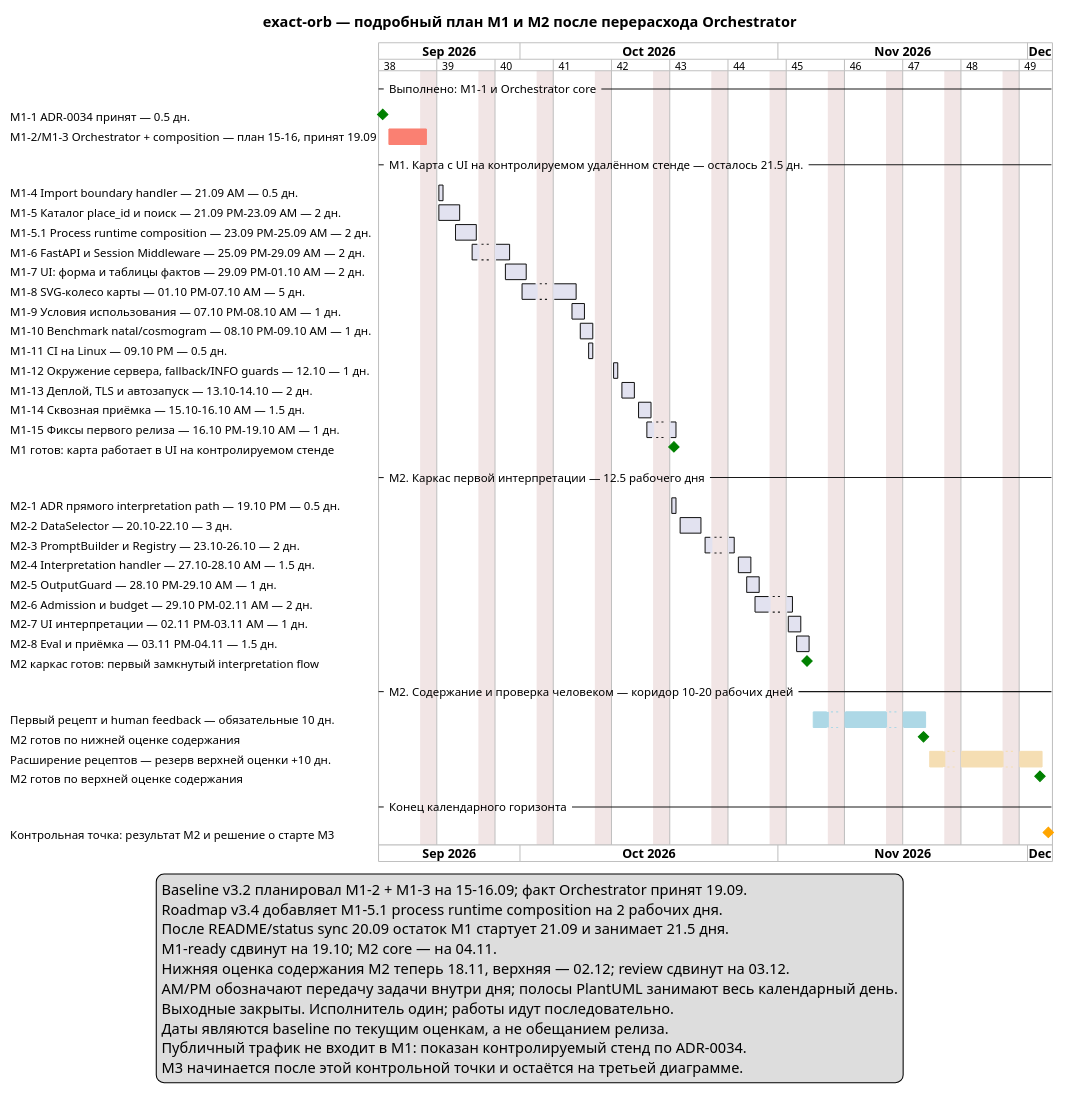
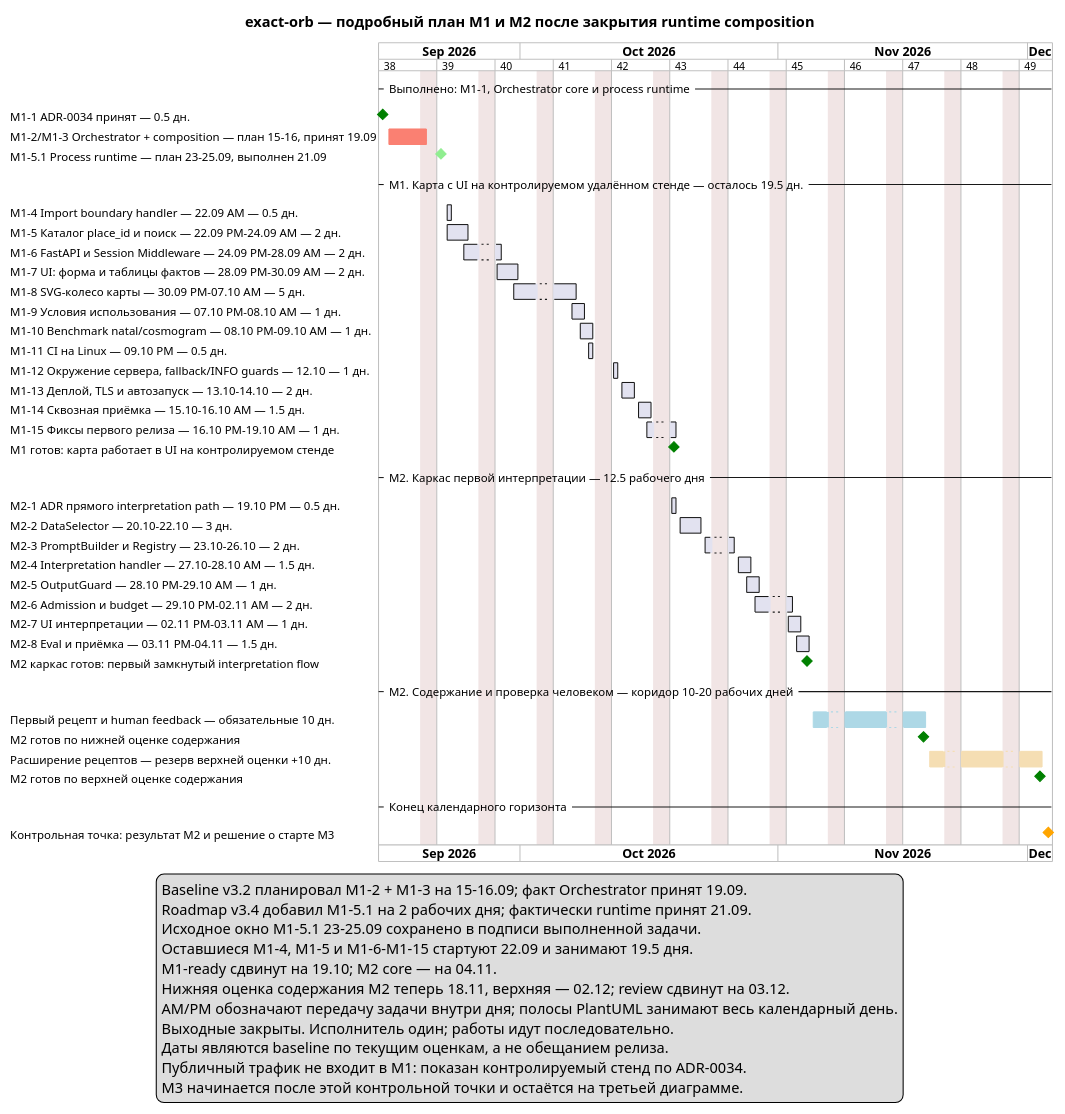
The diagram in docs/project_management/roadmap_remote_ui_and_interpretation_plan.puml (ksenia-baranova/exact-orb-demo), drawn with PlantUML before and after one commit. The commit also changed 10 other files, not shown here.

First line of the commit message:
docs: align bootstrap closeout roadmap

```diff
--- a/docs/project_management/roadmap_remote_ui_and_interpretation_plan.puml
+++ b/docs/project_management/roadmap_remote_ui_and_interpretation_plan.puml
@@ -1,85 +1,89 @@
 @startgantt
-' Подробный календарный baseline из roadmap v3.4 от текущей точки 21.09.2026.
+' Подробный календарный baseline из roadmap v3.4 после закрытия M1-5.1 21.09.2026.
 ' Оценки остаются рабочими днями. AM/PM в подписях сохраняют половины дня,
 ' которые дневная шкала PlantUML не может показать отдельной шириной полосы.
 
-title exact-orb — подробный план M1 и M2 после перерасхода Orchestrator
+title exact-orb — подробный план M1 и M2 после закрытия runtime composition
 Project starts 2026-09-14
 printscale weekly zoom 2
 Label on first column
 saturday are closed
 sunday are closed
 
--- Выполнено: M1-1 и Orchestrator core --
+-- Выполнено: M1-1, Orchestrator core и process runtime --
 
 [M1-1 ADR-0034 принят — 0.5 дн.] as [M11] happens 2026-09-14
 [M11] is 100% complete
 [M11] is colored in Green
 
 [M1-2/M1-3 Orchestrator + composition — план 15–16, принят 19.09] as [M12] starts 2026-09-15 and ends 2026-09-19
 [M12] is 100% complete
 [M12] is colored in Salmon
 
--- M1. Карта с UI на контролируемом удалённом стенде — осталось 21.5 дн. --
+[M1-5.1 Process runtime — план 23–25.09, выполнен 21.09] as [M151] happens 2026-09-21
+[M151] is 100% complete
+[M151] is colored in LightGreen
 
-[M1-4 Import boundary handler — 21.09 AM — 0.5 дн.] as [M14] starts 2026-09-21 and ends 2026-09-21
-[M1-5 Каталог place_id и поиск — 21.09 PM–23.09 AM — 2 дн.] as [M15] starts 2026-09-21 and ends 2026-09-23
-[M1-5.1 Process runtime composition — 23.09 PM–25.09 AM — 2 дн.] as [M151] starts 2026-09-23 and ends 2026-09-25
-[M1-6 FastAPI и Session Middleware — 25.09 PM–29.09 AM — 2 дн.] as [M16] starts 2026-09-25 and ends 2026-09-29
-[M1-7 UI: форма и таблицы фактов — 29.09 PM–01.10 AM — 2 дн.] as [M17] starts 2026-09-29 and ends 2026-10-01
-[M1-8 SVG-колесо карты — 01.10 PM–07.10 AM — 5 дн.] as [M18] starts 2026-10-01 and ends 2026-10-07
+-- M1. Карта с UI на контролируемом удалённом стенде — осталось 19.5 дн. --
+
+[M1-4 Import boundary handler — 22.09 AM — 0.5 дн.] as [M14] starts 2026-09-22 and ends 2026-09-22
+[M1-5 Каталог place_id и поиск — 22.09 PM–24.09 AM — 2 дн.] as [M15] starts 2026-09-22 and ends 2026-09-24
+[M1-6 FastAPI и Session Middleware — 24.09 PM–28.09 AM — 2 дн.] as [M16] starts 2026-09-24 and ends 2026-09-28
+[M1-7 UI: форма и таблицы фактов — 28.09 PM–30.09 AM — 2 дн.] as [M17] starts 2026-09-28 and ends 2026-09-30
+[M1-8 SVG-колесо карты — 30.09 PM–07.10 AM — 5 дн.] as [M18] starts 2026-09-30 and ends 2026-10-07
 [M1-9 Условия использования — 07.10 PM–08.10 AM — 1 дн.] as [M19] starts 2026-10-07 and ends 2026-10-08
 [M1-10 Benchmark natal/cosmogram — 08.10 PM–09.10 AM — 1 дн.] as [M110] starts 2026-10-08 and ends 2026-10-09
 [M1-11 CI на Linux — 09.10 PM — 0.5 дн.] as [M111] starts 2026-10-09 and ends 2026-10-09
 [M1-12 Окружение сервера, fallback/INFO guards — 12.10 — 1 дн.] as [M112] starts 2026-10-12 and ends 2026-10-12
 [M1-13 Деплой, TLS и автозапуск — 13.10–14.10 — 2 дн.] as [M113] starts 2026-10-13 and ends 2026-10-14
 [M1-14 Сквозная приёмка — 15.10–16.10 AM — 1.5 дн.] as [M114] starts 2026-10-15 and ends 2026-10-16
 [M1-15 Фиксы первого релиза — 16.10 PM–19.10 AM — 1 дн.] as [M115] starts 2026-10-16 and ends 2026-10-19
 
 [M1 готов: карта работает в UI на контролируемом стенде] as [M1DONE] happens 2026-10-19
 [M1DONE] is colored in Green
 
 -- M2. Каркас первой интерпретации — 12.5 рабочего дня --
 
 [M2-1 ADR прямого interpretation path — 19.10 PM — 0.5 дн.] as [M21] starts 2026-10-19 and ends 2026-10-19
 [M2-2 DataSelector — 20.10–22.10 — 3 дн.] as [M22] starts 2026-10-20 and ends 2026-10-22
 [M2-3 PromptBuilder и Registry — 23.10–26.10 — 2 дн.] as [M23] starts 2026-10-23 and ends 2026-10-26
 [M2-4 Interpretation handler — 27.10–28.10 AM — 1.5 дн.] as [M24] starts 2026-10-27 and ends 2026-10-28
 [M2-5 OutputGuard — 28.10 PM–29.10 AM — 1 дн.] as [M25] starts 2026-10-28 and ends 2026-10-29
 [M2-6 Admission и budget — 29.10 PM–02.11 AM — 2 дн.] as [M26] starts 2026-10-29 and ends 2026-11-02
 [M2-7 UI интерпретации — 02.11 PM–03.11 AM — 1 дн.] as [M27] starts 2026-11-02 and ends 2026-11-03
 [M2-8 Eval и приёмка — 03.11 PM–04.11 — 1.5 дн.] as [M28] starts 2026-11-03 and ends 2026-11-04
 
 [M2 каркас готов: первый замкнутый interpretation flow] as [M2CORE] happens 2026-11-04
 [M2CORE] is colored in Green
 
 -- M2. Содержание и проверка человеком — коридор 10–20 рабочих дней --
 
 [Первый рецепт и human feedback — обязательные 10 дн.] as [M2C10] starts 2026-11-05 and ends 2026-11-18
 [M2C10] is colored in LightBlue
 [M2 готов по нижней оценке содержания] as [M2EARLY] happens 2026-11-18
 [M2EARLY] is colored in Green
 
 [Расширение рецептов — резерв верхней оценки +10 дн.] as [M2C20] starts 2026-11-19 and ends 2026-12-02
 [M2C20] is colored in Wheat
 [M2 готов по верхней оценке содержания] as [M2DONE] happens 2026-12-02
 [M2DONE] is colored in Green
 
 -- Конец календарного горизонта --
 
 [Контрольная точка: результат M2 и решение о старте M3] as [NOVREVIEW] happens 2026-12-03
 [NOVREVIEW] is colored in Orange
 
 legend bottom
   Baseline v3.2 планировал M1-2 + M1-3 на 15-16.09; факт Orchestrator принят 19.09.
-  Roadmap v3.4 добавляет M1-5.1 process runtime composition на 2 рабочих дня.
-  После README/status sync 20.09 остаток M1 стартует 21.09 и занимает 21.5 дня.
+  Roadmap v3.4 добавил M1-5.1 на 2 рабочих дня; фактически runtime принят 21.09.
+  Исходное окно M1-5.1 23-25.09 сохранено в подписи выполненной задачи.
+  Оставшиеся M1-4, M1-5 и M1-6–M1-15 стартуют 22.09 и занимают 19.5 дня.
   M1-ready сдвинут на 19.10; M2 core — на 04.11.
   Нижняя оценка содержания M2 теперь 18.11, верхняя — 02.12; review сдвинут на 03.12.
   AM/PM обозначают передачу задачи внутри дня; полосы PlantUML занимают весь календарный день.
   Выходные закрыты. Исполнитель один; работы идут последовательно.
   Даты являются baseline по текущим оценкам, а не обещанием релиза.
   Публичный трафик не входит в M1: показан контролируемый стенд по ADR-0034.
   M3 начинается после этой контрольной точки и остаётся на третьей диаграмме.
 endlegend
 @endgantt
```
